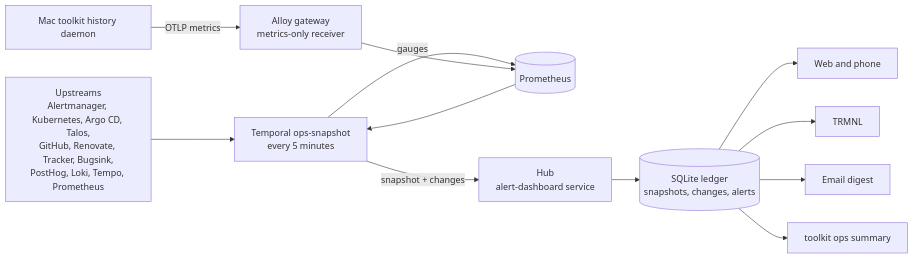
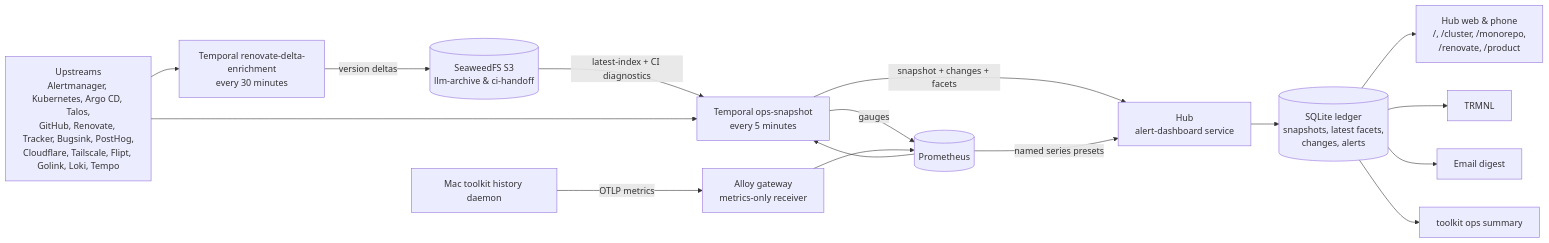
Before and after one commit to shepherdjerred/monorepo: the diagram in packages/docs/wiki/src/content/docs/explanation/homelab/operations-overview.md, drawn with Mermaid. The commit also changed other lines of this file and 199 other files, not shown here.

````diff
--- a/packages/docs/wiki/src/content/docs/explanation/homelab/operations-overview.md
+++ b/packages/docs/wiki/src/content/docs/explanation/homelab/operations-overview.md
@@ -36,28 +41,34 @@
 ```mermaid
 flowchart LR
   accTitle: Operations overview data flow
-  accDescr: A Temporal schedule collects every upstream into one snapshot and posts it to Hub, which stores it in SQLite. The web UI, TRMNL, the email digest, and the toolkit CLI read that snapshot. The Mac pushes AI usage metrics to Prometheus through the Alloy gateway, and the collector reads them back from Prometheus.
+  accDescr: Temporal schedules enrich Renovate version deltas in SeaweedFS S3 llm-archive and collect every upstream plus ci-handoff Turborepo diagnostics into one OpsIngest posted to Hub. Hub stores hourly snapshots, latest-only facets, changes, and alerts in SQLite and serves named Prometheus series presets to the web UI, including /cluster, /monorepo, /renovate, and /product, alongside TRMNL, the email digest, and the toolkit CLI.
 
-  SRC[Upstreams\nAlertmanager, Kubernetes, Argo CD, Talos,\nGitHub, Renovate, Tracker, Bugsink,\nPostHog, Loki, Tempo, Prometheus]
-  TEMPORAL[Temporal ops-snapshot\nevery 5 minutes]
+  SRC["Upstreams\nAlertmanager, Kubernetes, Argo CD, Talos,\nGitHub, Renovate, Tracker, Bugsink, PostHog,\nCloudflare, Tailscale, Flipt, Golink, Loki, Tempo"]
+  DELTA["Temporal renovate-delta-enrichment\nevery 30 minutes"]
+  S3[("SeaweedFS S3\nllm-archive & ci-handoff")]
+  TEMPORAL["Temporal ops-snapshot\nevery 5 minutes"]
   PROM[(Prometheus)]
-  DASH[Hub\nalert-dashboard service]
-  DB[(SQLite ledger\nsnapshots, changes, alerts)]
-  MAC[Mac toolkit history daemon]
-  ALLOY[Alloy gateway\nmetrics-only receiver]
-  WEB[Web and phone]
+  DASH["Hub\nalert-dashboard service"]
+  DB[("SQLite ledger\nsnapshots, latest facets,\nchanges, alerts")]
+  MAC["Mac toolkit history daemon"]
+  ALLOY["Alloy gateway\nmetrics-only receiver"]
+  WEB["Hub web & phone\n/, /cluster, /monorepo,\n/renovate, /product"]
   TRMNL[TRMNL]
-  MAIL[Email digest]
-  CLI[toolkit ops summary]
+  MAIL["Email digest"]
+  CLI["toolkit ops summary"]
 
+  SRC --> DELTA
+  DELTA -->|"version deltas"| S3
+  S3 -->|"latest-index + CI diagnostics"| TEMPORAL
   SRC --> TEMPORAL
   TEMPORAL -->|gauges| PROM
-  TEMPORAL -->|snapshot + changes| DASH
+  TEMPORAL -->|"snapshot + changes + facets"| DASH
   DASH --> DB
-  MAC -->|OTLP metrics| ALLOY --> PROM
+  PROM -->|"named series presets"| DASH
+  MAC -->|"OTLP metrics"| ALLOY --> PROM
   PROM --> TEMPORAL
   DB --> WEB
   DB --> TRMNL
   DB --> MAIL
   DB --> CLI
 ```
````
